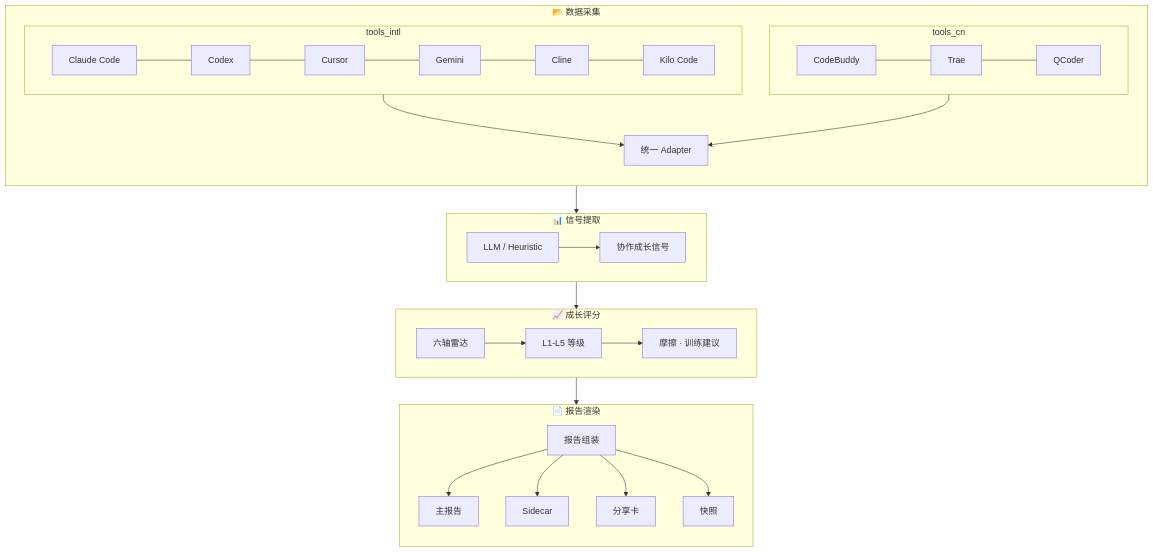
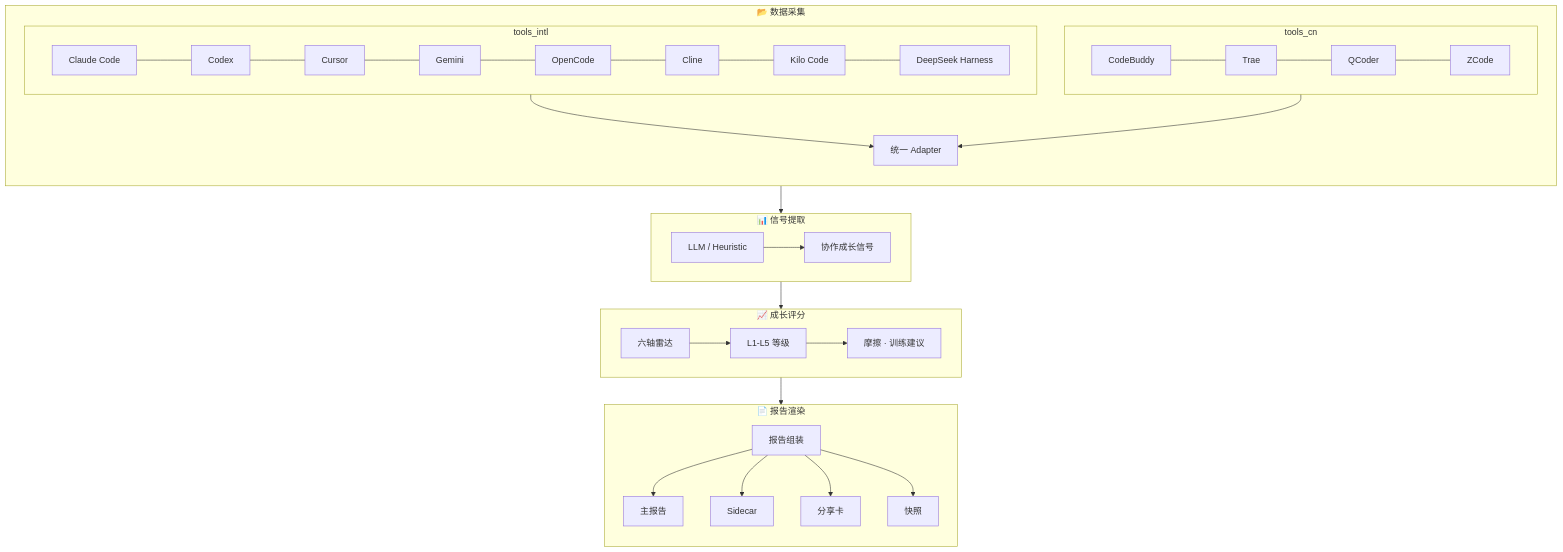
One commit to yxkong/ai-growth-mirror changed the diagram in docs/design/ARCHITECTURE_PRINCIPLES.md. Above: the diagram before and after it, drawn with Mermaid. The commit also changed other lines of this file and 131 other files, not shown here.

````diff
--- a/docs/design/ARCHITECTURE_PRINCIPLES.md
+++ b/docs/design/ARCHITECTURE_PRINCIPLES.md
@@ -119,37 +119,37 @@
 ```mermaid
 flowchart TB
     subgraph L1["📂 数据采集"]
         direction TB
         subgraph tools_intl["tools_intl"]
             direction LR
-            t_claude[Claude Code] --- t_codex[Codex] --- t_cursor[Cursor] --- t_gemini[Gemini] --- t_cline[Cline] --- t_kilo[Kilo Code]
+            t_claude[Claude Code] --- t_codex[Codex] --- t_cursor[Cursor] --- t_gemini[Gemini] --- t_open[OpenCode] --- t_cline[Cline] --- t_kilo[Kilo Code] --- t_dsh[DeepSeek Harness]
         end
         subgraph tools_cn["tools_cn"]
             direction LR
-            t_buddy[CodeBuddy] --- t_trae[Trae] --- t_qcoder[QCoder]
+            t_buddy[CodeBuddy] --- t_trae[Trae] --- t_qcoder[QCoder] --- t_zcode[ZCode]
         end
         t_adapter[统一 Adapter]
         tools_intl --> t_adapter
         tools_cn --> t_adapter
     end
 
     subgraph L2["📊 信号提取"]
         sig_in[LLM / Heuristic] --> sig_out[协作成长信号]
     end
 
     subgraph L3["📈 成长评分"]
         sc_radar[六轴雷达] --> sc_level[L1-L5 等级] --> sc_plan[摩擦 · 训练建议]
     end
 
     subgraph L4["📄 报告渲染"]
         direction TB
         rpt_asm[报告组装]
         rpt_html[主报告]
         rpt_json[Sidecar]
         rpt_share[分享卡]
         rpt_snap[快照]
         rpt_asm --> rpt_html & rpt_json & rpt_share & rpt_snap
     end
 
     L1 --> L2 --> L3 --> L4
 ```
````
